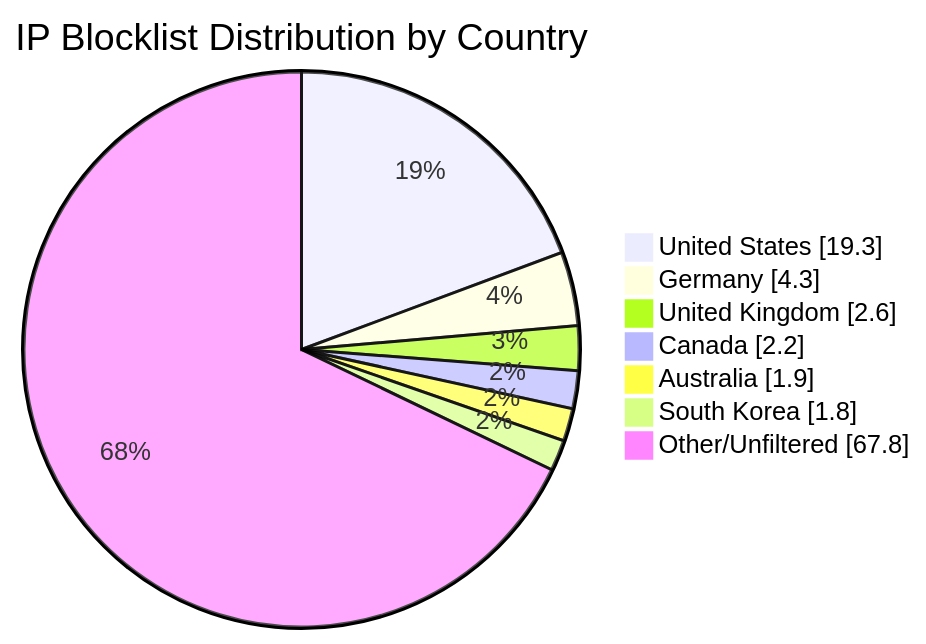
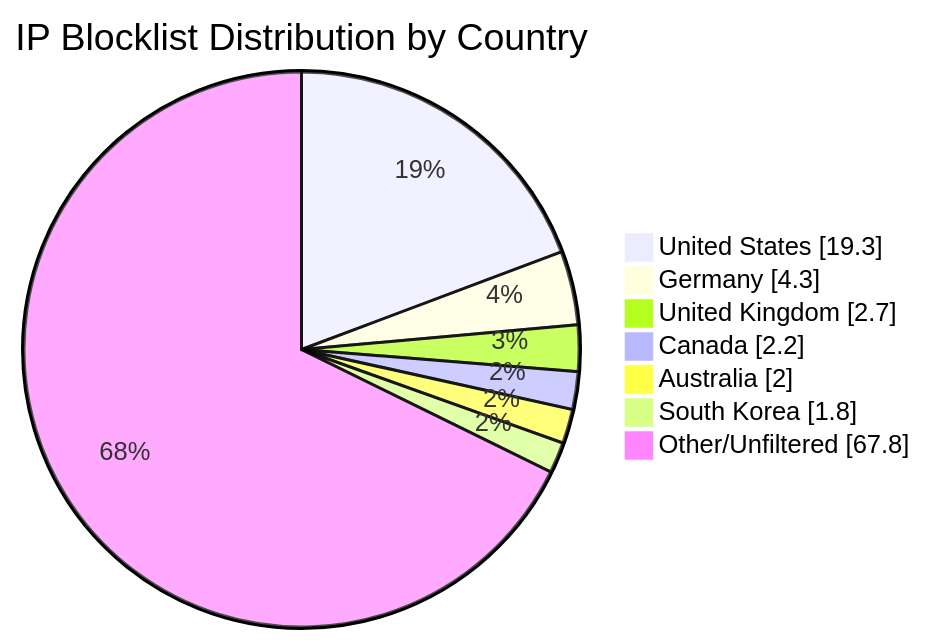
The diagram in README.md (MarcusHoltz/ipblocklist-geofiltered-aggregator), drawn with Mermaid before and after one commit. The commit also changed other lines of this file and 9 other files, not shown here.

````diff
--- a/README.md
+++ b/README.md
@@ -34,10 +34,10 @@
 ```mermaid
 pie showData title IP Blocklist Distribution by Country
 "United States" : 19.3
 "Germany" : 4.3
-"United Kingdom" : 2.6
+"United Kingdom" : 2.7
 "Canada" : 2.2
-"Australia" : 1.9
+"Australia" : 2.0
 "South Korea" : 1.8
 "Other/Unfiltered" : 67.8
 ```
````
